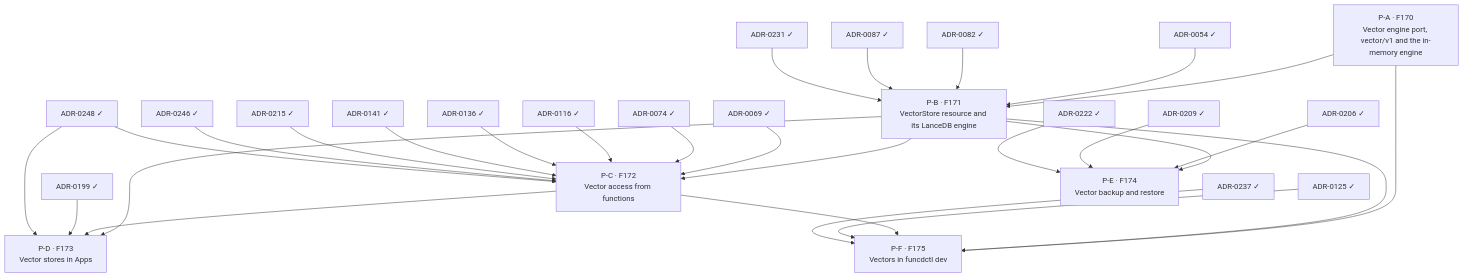
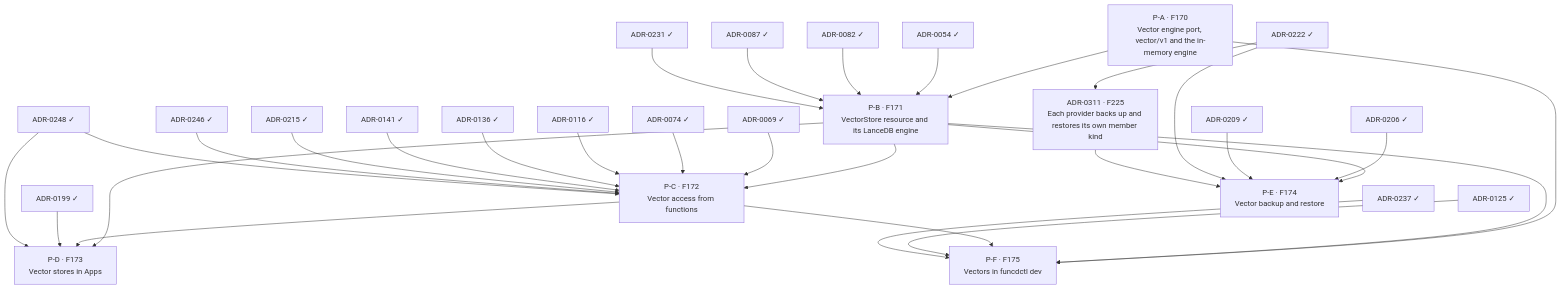
Before and after one commit to pyvvo/funcd: the diagram in docs/roadmap/vector-delivery-plan.md, drawn with Mermaid. The commit also changed other lines of this file and 10 other files, not shown here.

First line of the commit message:
docs(adr): accept ADR-0311 — each provider backs up and restores its own member kind

````diff
--- a/docs/roadmap/vector-delivery-plan.md
+++ b/docs/roadmap/vector-delivery-plan.md
@@ -37,55 +38,58 @@
 ```mermaid
 flowchart TB
     ADR_0054["ADR-0054 ✓"]
     ADR_0069["ADR-0069 ✓"]
     ADR_0074["ADR-0074 ✓"]
     ADR_0082["ADR-0082 ✓"]
     ADR_0087["ADR-0087 ✓"]
     ADR_0116["ADR-0116 ✓"]
     ADR_0125["ADR-0125 ✓"]
     ADR_0136["ADR-0136 ✓"]
     ADR_0141["ADR-0141 ✓"]
     ADR_0199["ADR-0199 ✓"]
     ADR_0206["ADR-0206 ✓"]
     ADR_0209["ADR-0209 ✓"]
     ADR_0215["ADR-0215 ✓"]
     ADR_0222["ADR-0222 ✓"]
     ADR_0231["ADR-0231 ✓"]
     ADR_0237["ADR-0237 ✓"]
     ADR_0246["ADR-0246 ✓"]
     ADR_0248["ADR-0248 ✓"]
     P_A["P-A · F170<br/>Vector engine port, vector/v1 and the in-memory engine"]
+    ADR_0311["ADR-0311 · F225<br/>Each provider backs up and restores its own member kind"]
     P_B["P-B · F171<br/>VectorStore resource and its LanceDB engine"]
     P_C["P-C · F172<br/>Vector access from functions"]
     P_D["P-D · F173<br/>Vector stores in Apps"]
     P_E["P-E · F174<br/>Vector backup and restore"]
     P_F["P-F · F175<br/>Vectors in funcdctl dev"]
 
+    ADR_0222 --> ADR_0311
     P_A --> P_B
     ADR_0054 --> P_B
     ADR_0082 --> P_B
     ADR_0087 --> P_B
     ADR_0231 --> P_B
     P_B --> P_C
     ADR_0069 --> P_C
     ADR_0074 --> P_C
     ADR_0116 --> P_C
     ADR_0136 --> P_C
     ADR_0141 --> P_C
     ADR_0215 --> P_C
     ADR_0246 --> P_C
     ADR_0248 --> P_C
     P_B --> P_D
     P_C --> P_D
     ADR_0199 --> P_D
     ADR_0248 --> P_D
     P_B --> P_E
     ADR_0206 --> P_E
     ADR_0209 --> P_E
     ADR_0222 --> P_E
+    ADR_0311 --> P_E
     P_A --> P_F
     P_B --> P_F
     P_C --> P_F
     ADR_0125 --> P_F
     ADR_0237 --> P_F
 ```
````
